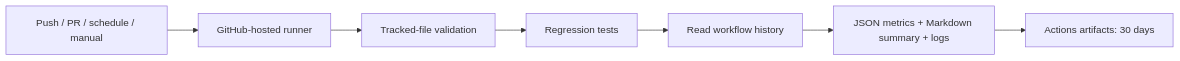
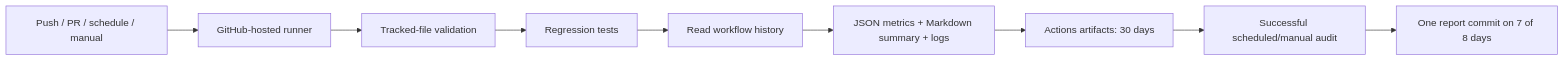
One commit to Jhenrique00/daily-log changed the diagram in README.md. Above: the diagram before and after it, drawn with Mermaid. The commit also changed other lines of this file and 4 other files, not shown here.

````diff
--- a/README.md
+++ b/README.md
@@ -27,9 +29,11 @@
 ```mermaid
 flowchart LR
     A[Push / PR / schedule / manual] --> B[GitHub-hosted runner]
     B --> C[Tracked-file validation]
     C --> D[Regression tests]
     D --> E[Read workflow history]
     E --> F[JSON metrics + Markdown summary + logs]
     F --> G[Actions artifacts: 30 days]
+    G --> H[Successful scheduled/manual audit]
+    H --> I[One report commit on 7 of 8 days]
 ```
````
